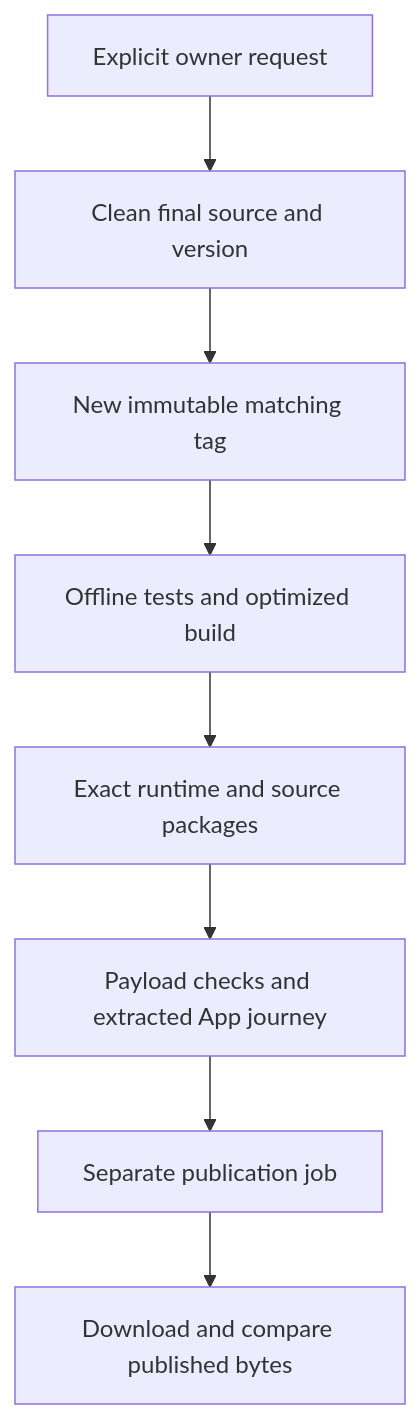
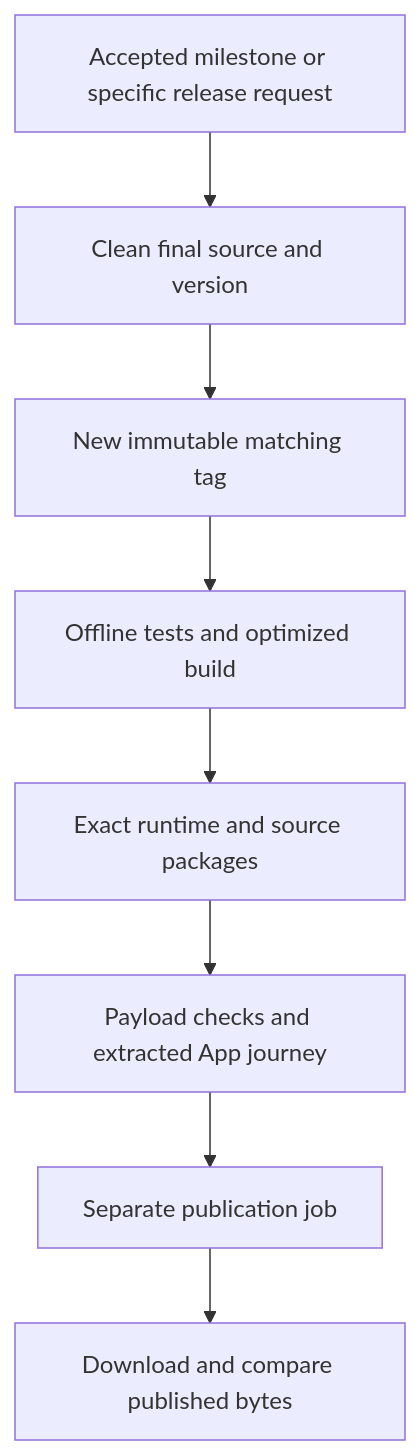
One commit to c-a-t-f-o-o-d/chezcat-browser changed the diagram in docs/RELEASING.md. Above: the diagram before and after it, drawn with Mermaid. The commit also changed other lines of this file and 7 other files, not shown here.

Commit message:
Document qualification and delivery for each accepted milestone

````diff
--- a/docs/RELEASING.md
+++ b/docs/RELEASING.md
@@ -131,10 +137,10 @@
 ```mermaid
 flowchart TD
-    REQUEST["Explicit owner request"] --> SOURCE["Clean final source and version"]
+    REQUEST["Accepted milestone or specific release request"] --> SOURCE["Clean final source and version"]
     SOURCE --> TAG["New immutable matching tag"]
     TAG --> VERIFY["Offline tests and optimized build"]
     VERIFY --> PACKAGE["Exact runtime and source packages"]
     PACKAGE --> EXTRACT["Payload checks and extracted App journey"]
     EXTRACT --> PUBLISH["Separate publication job"]
     PUBLISH --> DOWNLOAD["Download and compare published bytes"]
 ```
````
